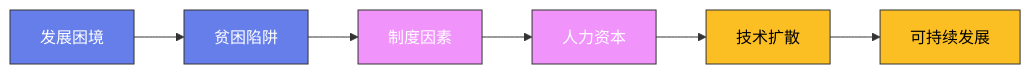
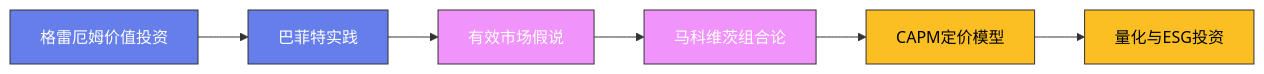
Before and after one commit to Fengur/Fengur.github.io: the diagram in content/posts/ModelCreate/经济学与金融/12-股票市场与投资.md, drawn with Mermaid. The commit also changed 118 other files, not shown here.

````diff
--- a/content/posts/ModelCreate/经济学与金融/12-股票市场与投资.md
+++ b/content/posts/ModelCreate/经济学与金融/12-股票市场与投资.md
@@ -75,16 +75,16 @@
 ```mermaid
 graph LR
-    A["发展困境"] --> B["贫困陷阱"]
-    B --> C["制度因素"]
-    C --> D["人力资本"]
-    D --> E["技术扩散"]
-    E --> F["可持续发展"]
+    A["格雷厄姆价值投资"] --> B["巴菲特实践"]
+    B --> C["有效市场假说"]
+    C --> D["马科维茨组合论"]
+    D --> E["CAPM定价模型"]
+    E --> F["量化与ESG投资"]
 
     classDef early fill:#667eea,stroke:#333,color:white
     classDef mid fill:#f093fb,stroke:#333,color:white
     classDef modern fill:#fbbf24,stroke:#333,color:black
 
     class A,B early
     class C,D mid
     class E,F modern
 ```
````
